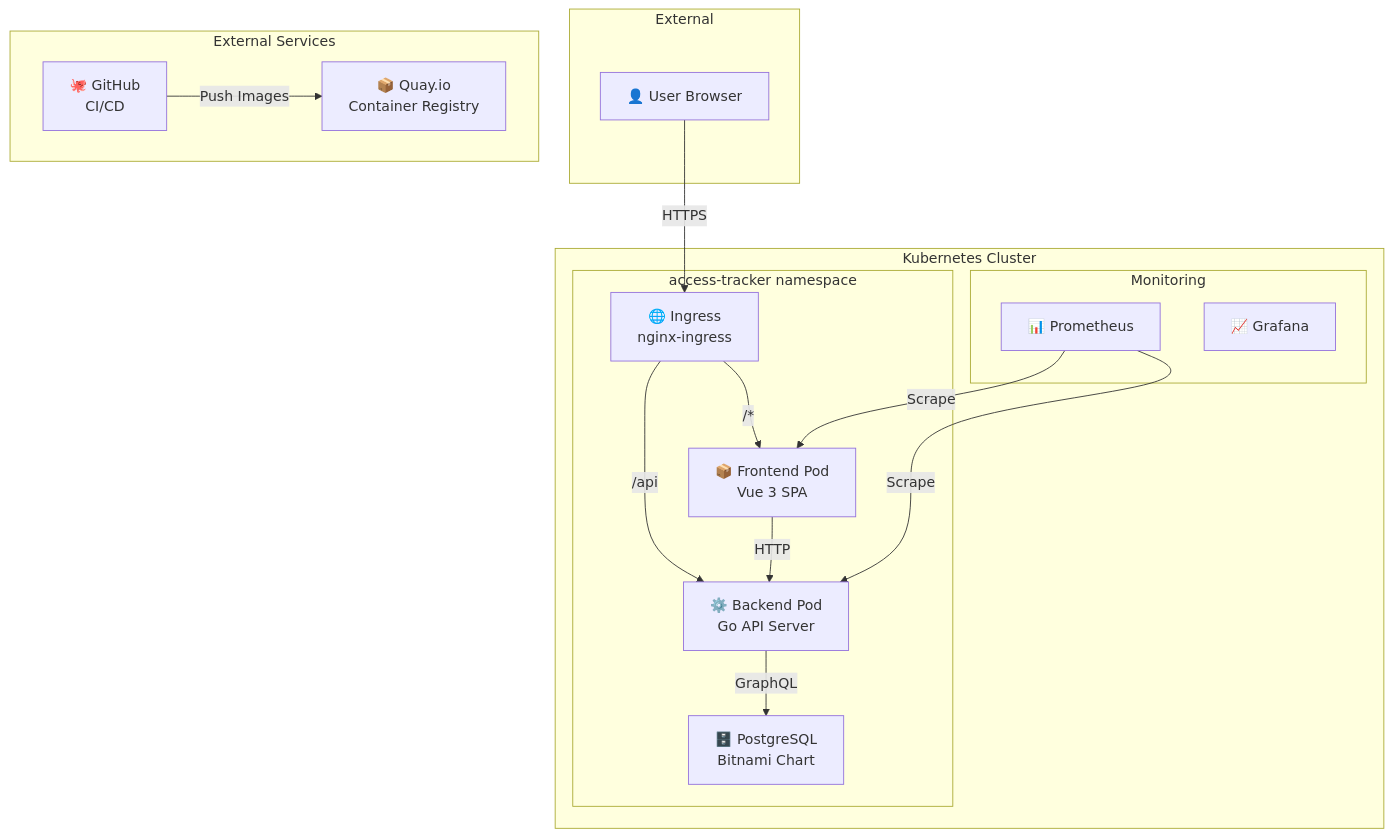
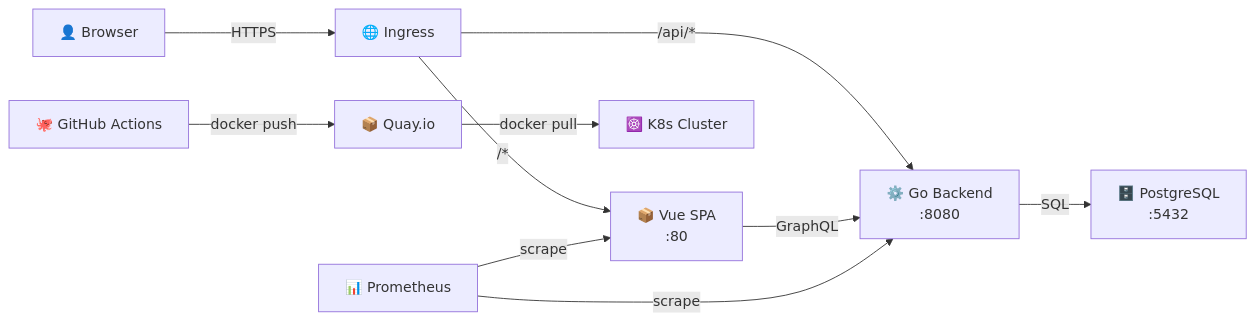
Before and after one commit to mathianasj/access-tracker: the first of 9 diagrams in docs/architecture.md, drawn with Mermaid. The commit also changed other lines of this file, not shown here.

First line of the commit message:
docs: enhance architecture.md for demo presentation

````diff
--- a/docs/architecture.md
+++ b/docs/architecture.md
@@ -15,34 +5,12 @@
 ```mermaid
-graph TB
-    subgraph "External"
-        User["👤 User Browser"]
-    end
-
-    subgraph "Kubernetes Cluster"
-        subgraph "access-tracker namespace"
-            Ingress["🌐 Ingress<br/>nginx-ingress"]
-            Frontend["📦 Frontend Pod<br/>Vue 3 SPA"]
-            Backend["⚙️ Backend Pod<br/>Go API Server"]
-            DB["🗄️ PostgreSQL<br/>Bitnami Chart"]
-        end
-
-        subgraph "Monitoring"
-            Prometheus["📊 Prometheus"]
-            Grafana["📈 Grafana"]
-        end
-    end
-
-    subgraph "External Services"
-        Quay["📦 Quay.io<br/>Container Registry"]
-        GitHub["🐙 GitHub<br/>CI/CD"]
-    end
-
-    User -->|HTTPS| Ingress
-    Ingress -->|/api| Backend
-    Ingress -->|/*| Frontend
-    Backend -->|GraphQL| DB
-    Frontend -->|HTTP| Backend
-    GitHub -->|Push Images| Quay
-    Prometheus -->|Scrape| Backend
-    Prometheus -->|Scrape| Frontend
+graph LR
+    User["👤 Browser"] -->|HTTPS| Ingress["🌐 Ingress"]
+    Ingress -->|/api/*| Backend["⚙️ Go Backend<br/>:8080"]
+    Ingress -->|/*| Frontend["📦 Vue SPA<br/>:80"]
+    Frontend -->|GraphQL| Backend
+    Backend -->|SQL| PostgreSQL["🗄️ PostgreSQL<br/>:5432"]
+    GitHubActions["🐙 GitHub Actions"] -->|docker push| Quay["📦 Quay.io"]
+    Quay -->|docker pull| K8s["☸️ K8s Cluster"]
+    Prometheus["📊 Prometheus"] -->|scrape| Backend
+    Prometheus -->|scrape| Frontend
 ```
````
